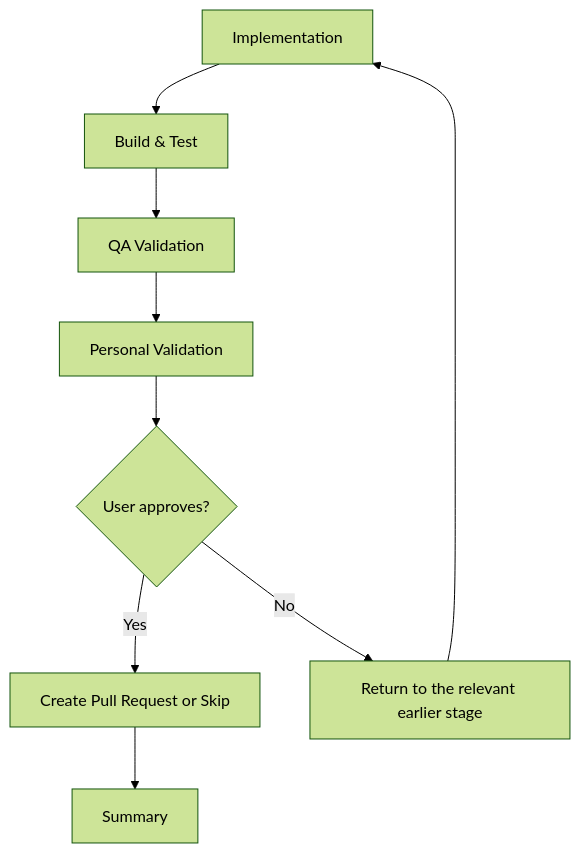
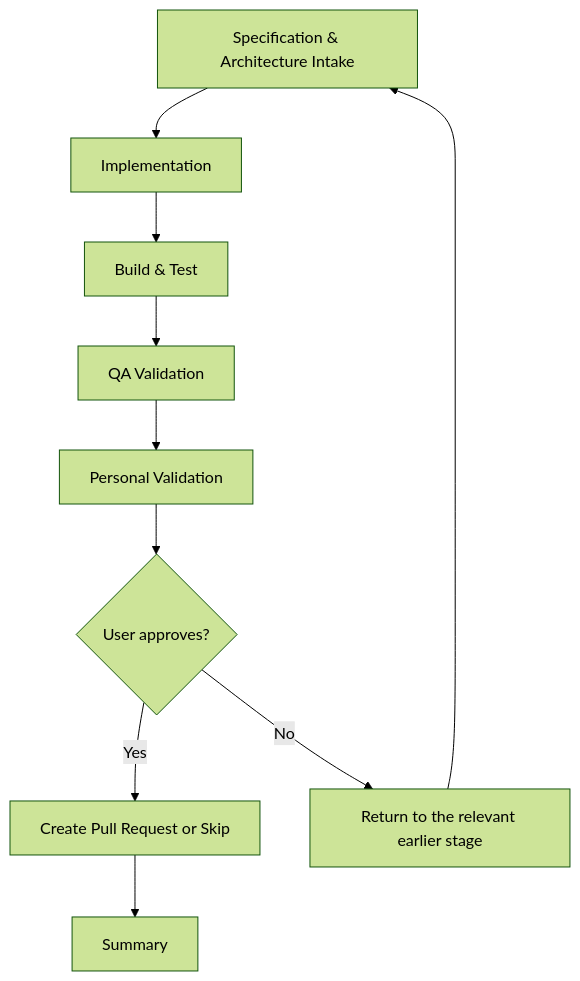
Before and after one commit to JSdotNet/Copilot: diagram 11 of 14 in plugins/copilot-app/resources/orchestration-flow-diagrams.md, drawn with Mermaid (forest theme). The commit also changed other lines of this file and 19 other files, not shown here.

````diff
--- a/plugins/copilot-app/resources/orchestration-flow-diagrams.md
+++ b/plugins/copilot-app/resources/orchestration-flow-diagrams.md
@@ -165,11 +271,12 @@
 ```mermaid
 flowchart TD
-    A["Implementation"] --> B["Build & Test"]
-    B --> C["QA Validation"]
-    C --> D["Personal Validation"]
-    D --> E{User approves?}
-    E -->|Yes| F["Create Pull Request or Skip"]
-    E -->|No| G["Return to the relevant earlier stage"]
-    G --> A
-    F --> H["Summary"]
+    A["Specification & Architecture Intake"] --> B["Implementation"]
+    B --> C["Build & Test"]
+    C --> D["QA Validation"]
+    D --> E["Personal Validation"]
+    E --> F{User approves?}
+    F -->|Yes| G["Create Pull Request or Skip"]
+    F -->|No| H["Return to the relevant earlier stage"]
+    H --> A
+    G --> I["Summary"]
 ```
````
